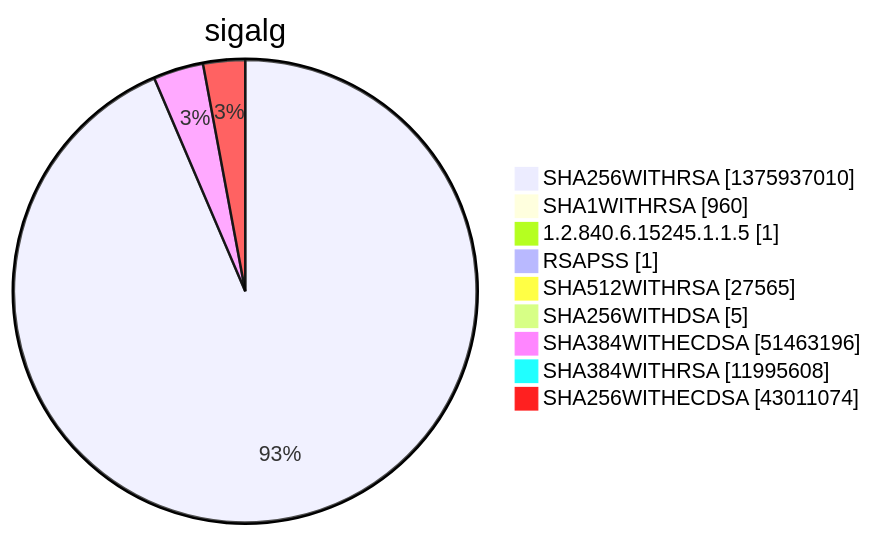
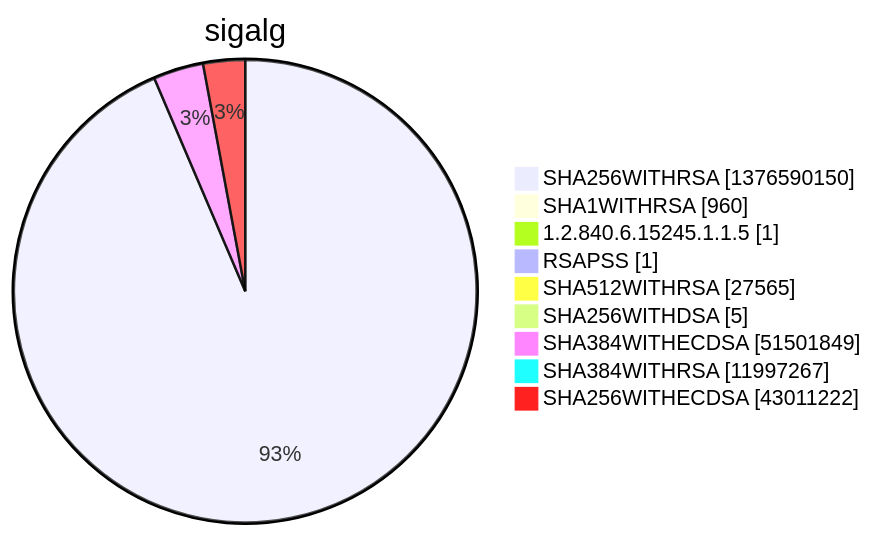
Before and after one commit to christiankrug/ctmonitor_visualization: diagram 15 of 15 in argon2022/README.md, drawn with Mermaid. The commit also changed other lines of this file, not shown here.

````diff
--- a/argon2022/README.md
+++ b/argon2022/README.md
@@ -5524,13 +5524,13 @@
 ```mermaid
 pie showData
 title sigalg
-"SHA256WITHRSA" :1375937010
+"SHA256WITHRSA" :1376590150
 "SHA1WITHRSA" :960
 "1.2.840.6.15245.1.1.5" :1
 "RSAPSS" :1
 "SHA512WITHRSA" :27565
 "SHA256WITHDSA" :5
-"SHA384WITHECDSA" :51463196
-"SHA384WITHRSA" :11995608
-"SHA256WITHECDSA" :43011074
+"SHA384WITHECDSA" :51501849
+"SHA384WITHRSA" :11997267
+"SHA256WITHECDSA" :43011222
 ```
````
